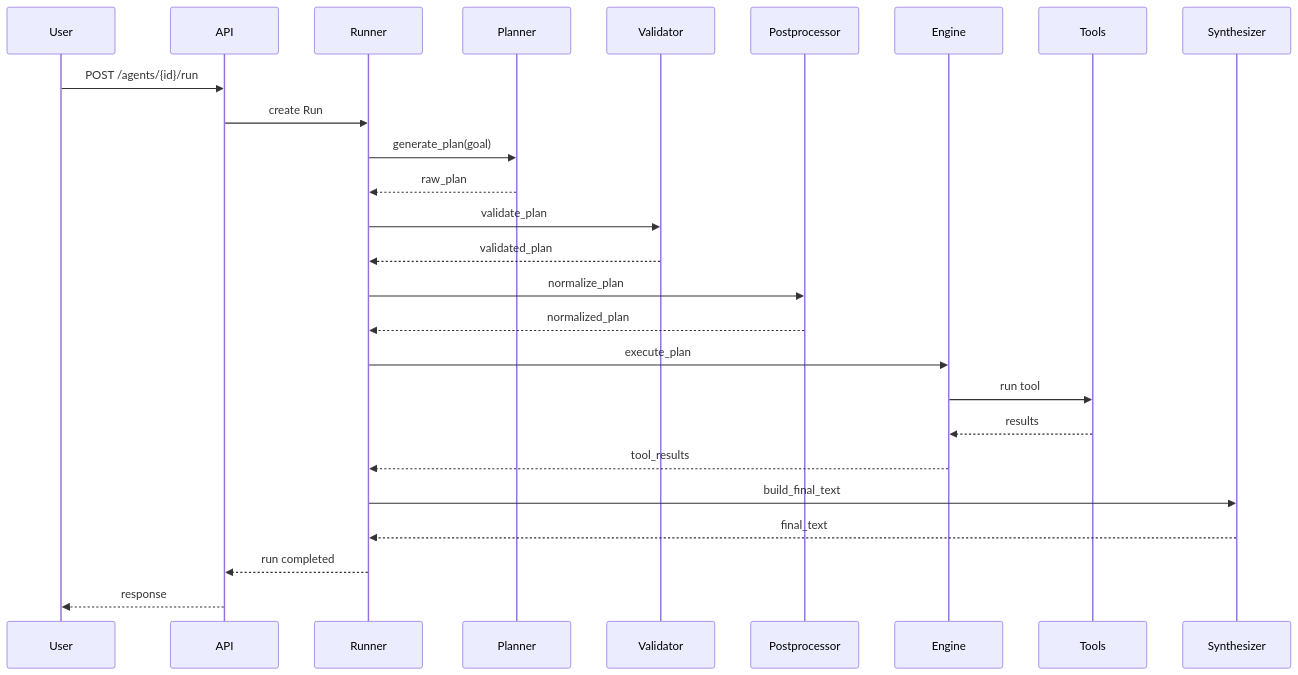
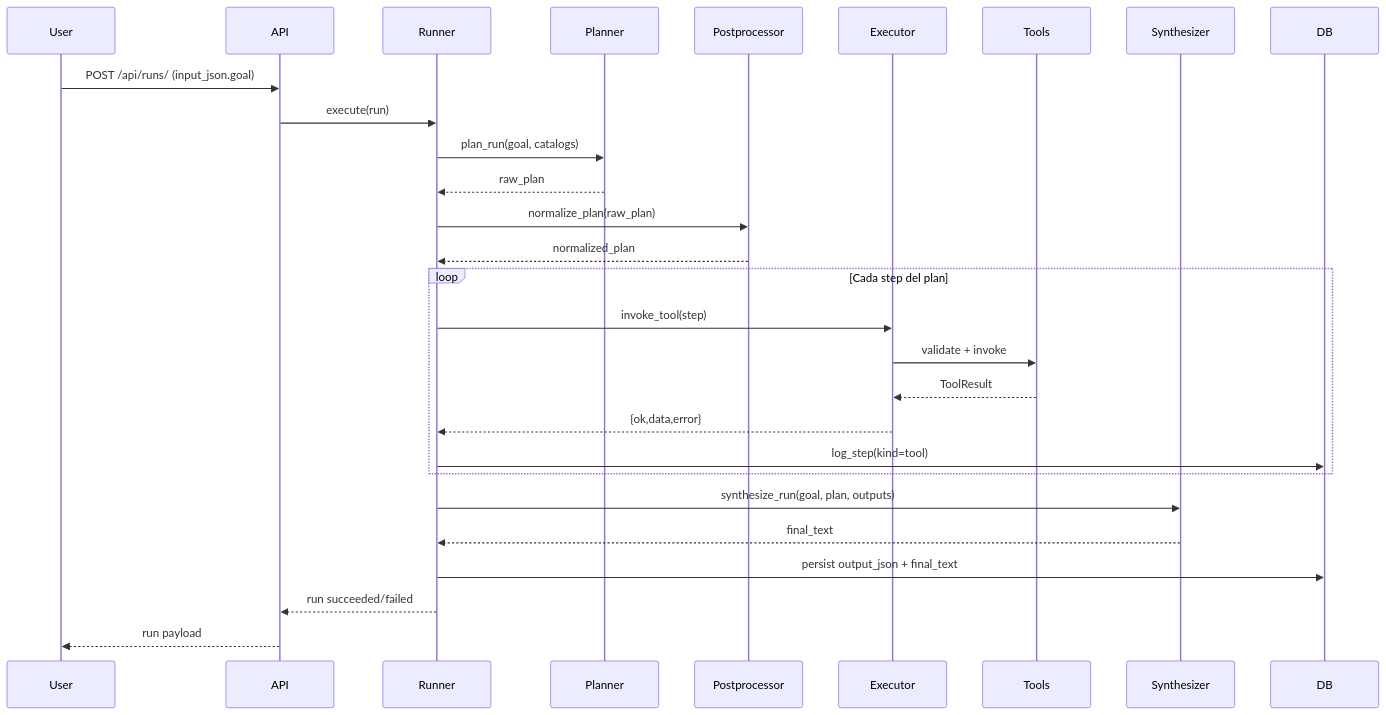
Before and after one commit to juaquicar/GeoAgents: the second of 5 diagrams in docs/diagrams.md, drawn with Mermaid. The commit also changed other lines of this file and 4 other files, not shown here.

Commit message:
docs: refresh architecture diagrams and API/usage guides

````diff
--- a/docs/diagrams.md
+++ b/docs/diagrams.md
@@ -47,41 +44,34 @@
 ```mermaid
 sequenceDiagram
 
 participant User
 participant API
 participant Runner
 participant Planner
-participant Validator
 participant Postprocessor
-participant Engine
+participant Executor
 participant Tools
 participant Synthesizer
+participant DB
 
-User->>API: POST /agents/{id}/run
-API->>Runner: create Run
-
-Runner->>Planner: generate_plan(goal)
-
+User->>API: POST /api/runs/ (input_json.goal)
+API->>Runner: execute(run)
+Runner->>Planner: plan_run(goal, catalogs)
 Planner-->>Runner: raw_plan
-
-Runner->>Validator: validate_plan
-Validator-->>Runner: validated_plan
-
-Runner->>Postprocessor: normalize_plan
+Runner->>Postprocessor: normalize_plan(raw_plan)
 Postprocessor-->>Runner: normalized_plan
 
-Runner->>Engine: execute_plan
+loop Cada step del plan
+  Runner->>Executor: invoke_tool(step)
+  Executor->>Tools: validate + invoke
+  Tools-->>Executor: ToolResult
+  Executor-->>Runner: {ok,data,error}
+  Runner->>DB: log_step(kind=tool)
+end
 
-Engine->>Tools: run tool
-Tools-->>Engine: results
-
-Engine-->>Runner: tool_results
-
-Runner->>Synthesizer: build_final_text
-
+Runner->>Synthesizer: synthesize_run(goal, plan, outputs)
 Synthesizer-->>Runner: final_text
-
-Runner-->>API: run completed
-
-API-->>User: response
+Runner->>DB: persist output_json + final_text
+Runner-->>API: run succeeded/failed
+API-->>User: run payload
 ```
````
